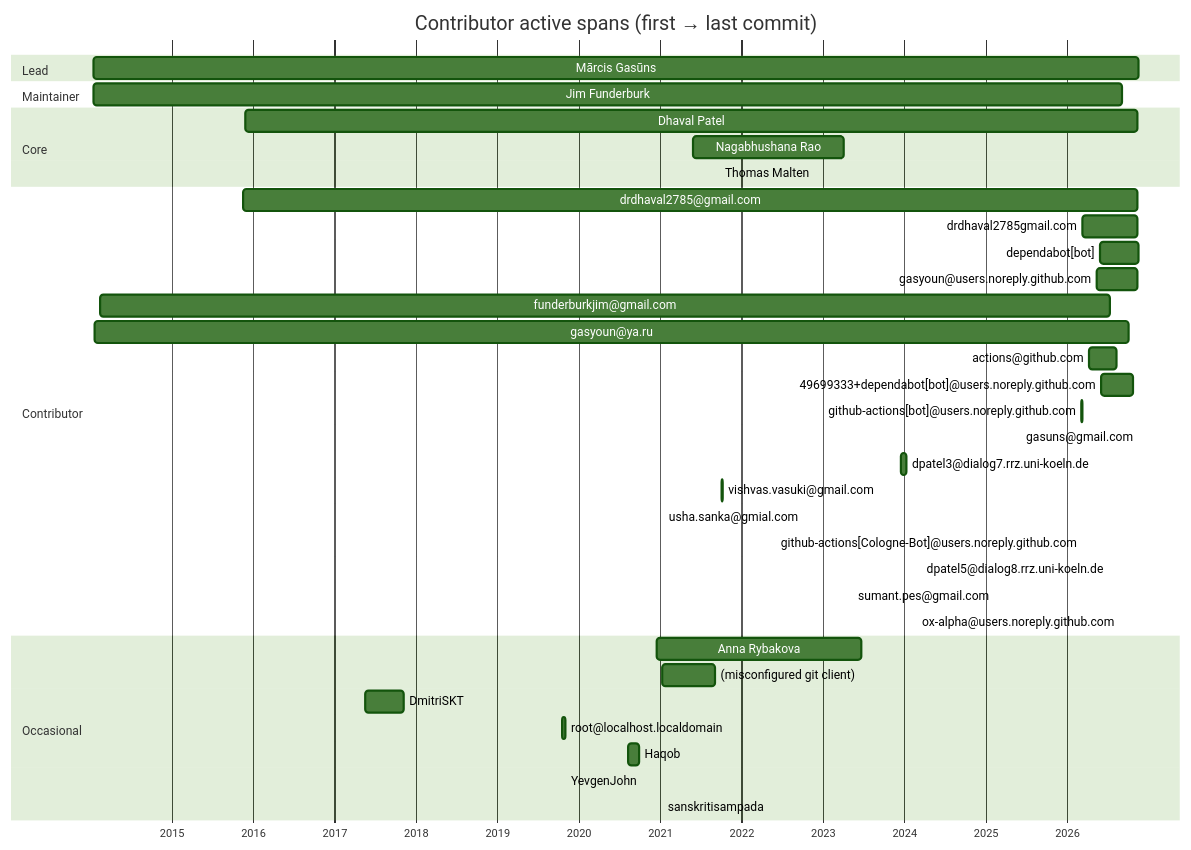
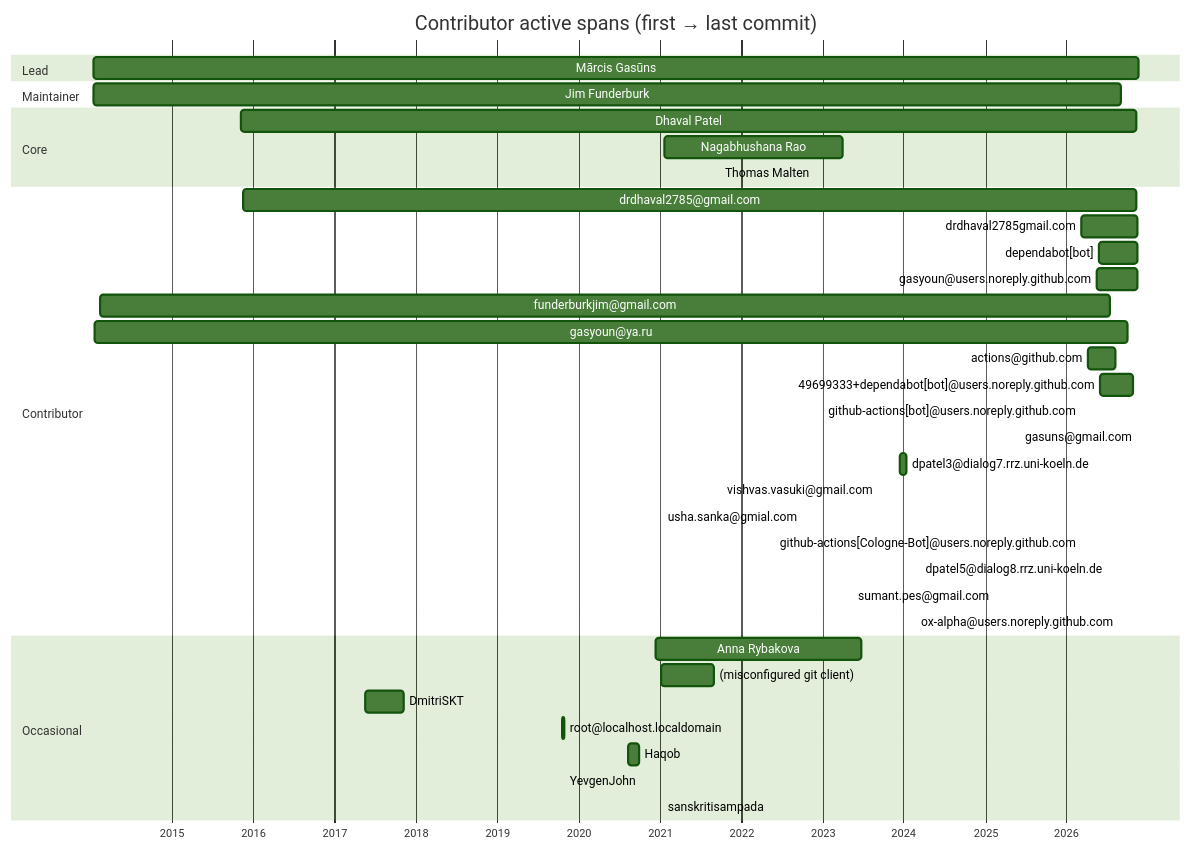
One commit to sanskrit-lexicon/csl-observatory changed the diagram in reports/timeline.md. Above: the diagram before and after it, drawn with Mermaid (forest theme). The commit also changed other lines of this file and 17 other files, not shown here.

````diff
--- a/reports/timeline.md
+++ b/reports/timeline.md
@@ -7,40 +7,40 @@
 ```mermaid
 gantt
     title Contributor active spans (first → last commit)
     dateFormat YYYY-MM-DD
     axisFormat %Y
     section Lead
-    Mārcis Gasūns :2014-01-14, 2026-11-18
+    Mārcis Gasūns :2014-01-14, 2026-11-21
     section Maintainer
     Jim Funderburk :2014-01-15, 2026-09-05
     section Core
-    Dhaval Patel :2015-11-24, 2026-11-12
-    Nagabhushana Rao :2021-05-28, 2023-04-03
+    Dhaval Patel :2015-11-08, 2026-11-12
+    Nagabhushana Rao :2021-01-23, 2023-04-03
     Thomas Malten :2021-09-26, 2021-09-26
     section Contributor
     drdhaval2785@gmail.com :2015-11-19, 2026-11-12
     drdhaval2785gmail.com :2026-03-09, 2026-11-15
     dependabot[bot] :2026-05-29, 2026-11-18
     gasyoun@users.noreply.github.com :2026-05-15, 2026-11-15
     funderburkjim@gmail.com :2014-02-12, 2026-07-14
     gasyoun@ya.ru :2014-01-21, 2026-10-03
     actions@github.com :2026-04-08, 2026-08-09
     49699333+dependabot[bot]@users.noreply.github.com :2026-06-02, 2026-10-26
     github-actions[bot]@users.noreply.github.com :2026-03-07, 2026-03-09
     gasuns@gmail.com :2026-11-18, 2026-11-18
     dpatel3@dialog7.rrz.uni-koeln.de :2023-12-15, 2024-01-12
     vishvas.vasuki@gmail.com :2021-10-05, 2021-10-07
     usha.sanka@gmial.com :2021-01-13, 2021-01-13
     github-actions[Cologne-Bot]@users.noreply.github.com :2026-03-09, 2026-03-09
     dpatel5@dialog8.rrz.uni-koeln.de :2026-07-07, 2026-07-07
     sumant.pes@gmail.com :2023-05-14, 2023-05-14
     ox-alpha@users.noreply.github.com :2026-08-24, 2026-08-24
     section Occasional
     Anna Rybakova :2020-12-15, 2023-06-25
     (misconfigured git client) :2021-01-09, 2021-09-03
     DmitriSKT :2017-05-18, 2017-11-05
     root@localhost.localdomain :2019-10-21, 2019-10-31
     Haqob :2020-08-11, 2020-09-30
     YevgenJohn :2019-10-31, 2019-10-31
     sanskritisampada :2021-01-10, 2021-01-10
 ```
````
